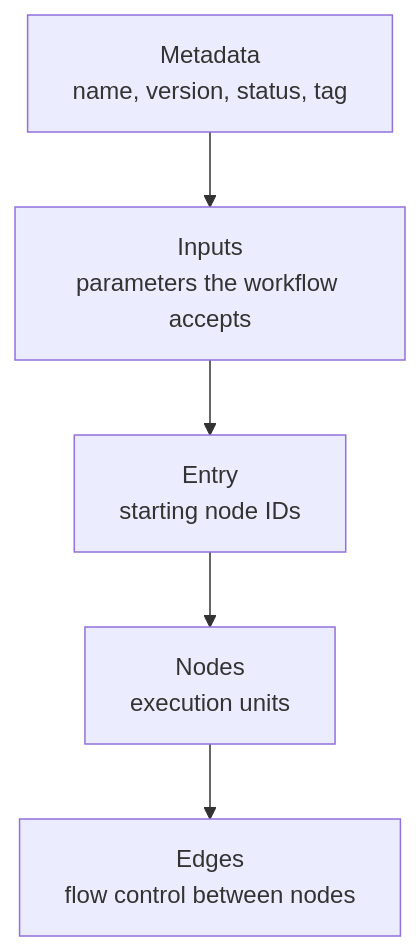
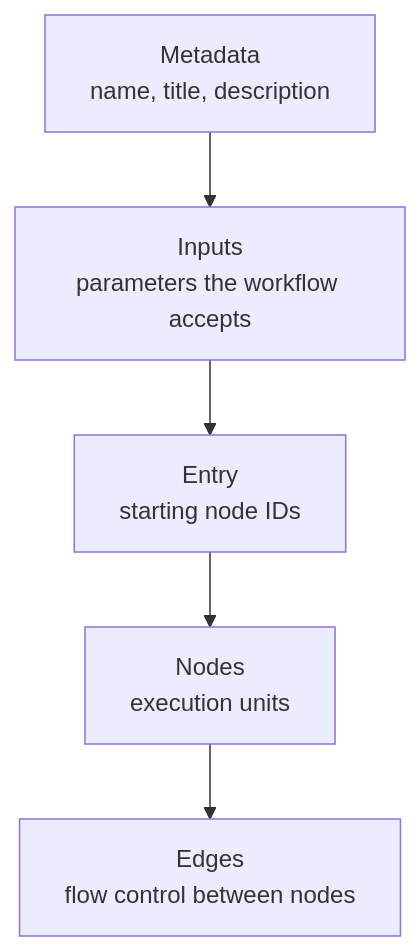
One commit to reliant-labs/reliant changed the diagram in docs/workflows/custom-workflows.mdx. Above: the diagram before and after it, drawn with Mermaid. The commit also changed other lines of this file and 710 other files, not shown here.

````diff
--- a/docs/workflows/custom-workflows.mdx
+++ b/docs/workflows/custom-workflows.mdx
@@ -77,7 +79,7 @@
 ```mermaid
 flowchart TD
-    M[Metadata<br/>name, version, status, tag] --> I[Inputs<br/>parameters the workflow accepts]
+    M[Metadata<br/>name, title, description] --> I[Inputs<br/>parameters the workflow accepts]
     I --> E[Entry<br/>starting node IDs]
     E --> N[Nodes<br/>execution units]
     N --> ED[Edges<br/>flow control between nodes]
 ```
````
